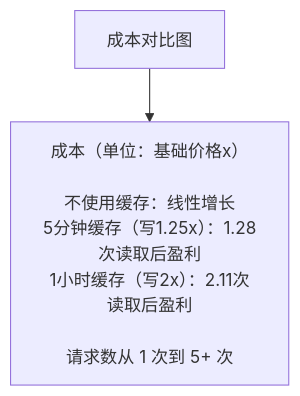
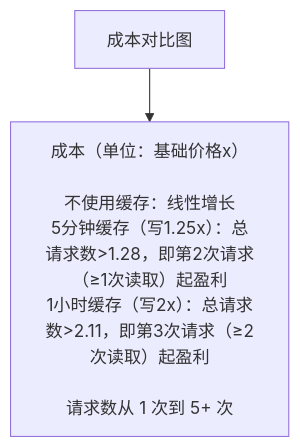
Before and after one commit to yeasy/claude_guide: the second of 2 diagrams in 10_optimization/10.2_caching.md, drawn with Mermaid. The commit also changed other lines of this file and 4 other files, not shown here.

````diff
--- a/10_optimization/10.2_caching.md
+++ b/10_optimization/10.2_caching.md
@@ -330,7 +330,7 @@
 ```mermaid
 graph TD
     A["成本对比图"]
-    note["成本（单位：基础价格x）<br/><br/>不使用缓存：线性增长<br/>5分钟缓存（写1.25x）：1.28次读取后盈利<br/>1小时缓存（写2x）：2.11次读取后盈利<br/><br/>请求数从 1 次到 5+ 次"]
+    note["成本（单位：基础价格x）<br/><br/>不使用缓存：线性增长<br/>5分钟缓存（写1.25x）：总请求数>1.28，即第2次请求（≥1次读取）起盈利<br/>1小时缓存（写2x）：总请求数>2.11，即第3次请求（≥2次读取）起盈利<br/><br/>请求数从 1 次到 5+ 次"]
 
     A --> note
 ```
````
